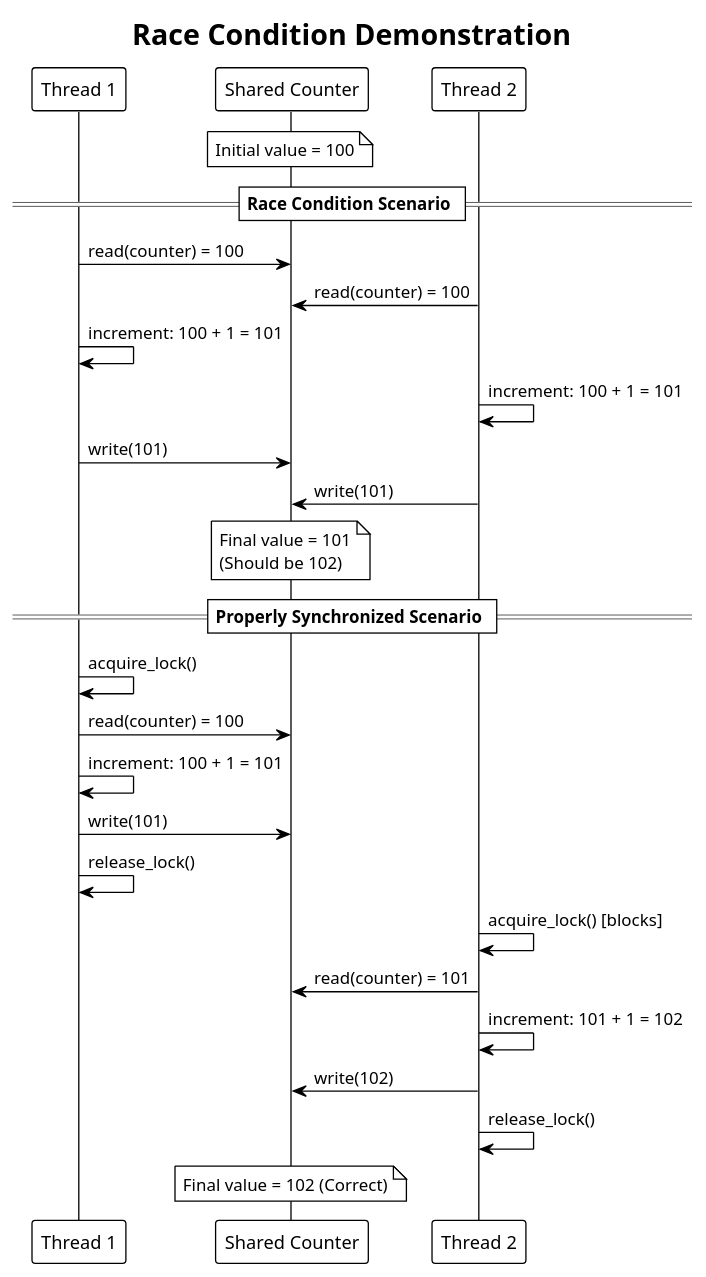
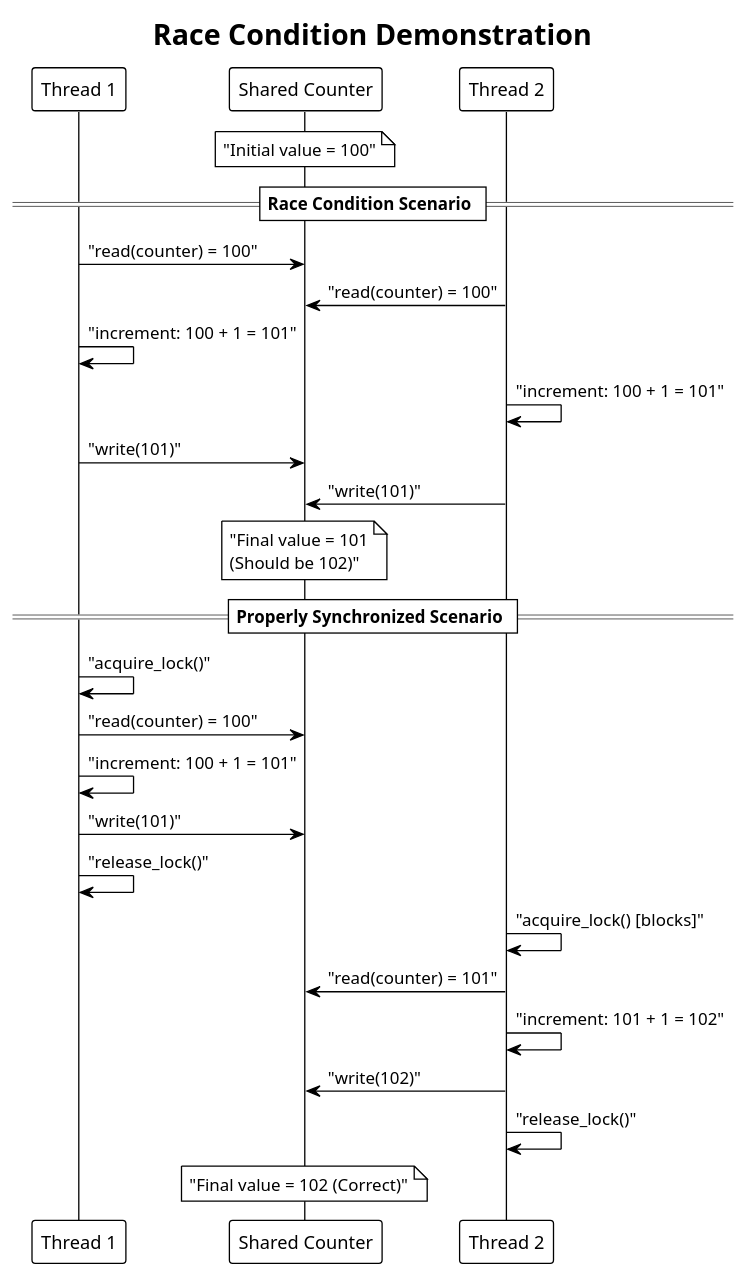
One commit to mohitmishra786/myJourneyOfBuildingOS changed the first of 7 diagrams in Ch-5-Thread-Management/Thread-Synchronization.md. Above: the diagram before and after it, drawn with PlantUML. The commit also changed other lines of this file and 3 other files, not shown here.

````diff
--- a/Ch-5-Thread-Management/Thread-Synchronization.md
+++ b/Ch-5-Thread-Management/Thread-Synchronization.md
@@ -13,37 +13,37 @@
 ```plantuml
 @startuml
 !theme plain
-title Race Condition Demonstration
+title "Race Condition Demonstration"
 
 participant "Thread 1" as t1
 participant "Shared Counter" as counter
 participant "Thread 2" as t2
 
-note over counter : Initial value = 100
+note over counter : "Initial value = 100"
 
 == Race Condition Scenario ==
-t1 -> counter : read(counter) = 100
-t2 -> counter : read(counter) = 100
-t1 -> t1 : increment: 100 + 1 = 101
-t2 -> t2 : increment: 100 + 1 = 101
-t1 -> counter : write(101)
-t2 -> counter : write(101)
+t1 -> counter : "read(counter) = 100"
+t2 -> counter : "read(counter) = 100"
+t1 -> t1 : "increment: 100 + 1 = 101"
+t2 -> t2 : "increment: 100 + 1 = 101"
+t1 -> counter : "write(101)"
+t2 -> counter : "write(101)"
 
-note over counter : Final value = 101\n(Should be 102)
+note over counter : "Final value = 101\n(Should be 102)"
 
 == Properly Synchronized Scenario ==
-t1 -> t1 : acquire_lock()
-t1 -> counter : read(counter) = 100
-t1 -> t1 : increment: 100 + 1 = 101
-t1 -> counter : write(101)
-t1 -> t1 : release_lock()
+t1 -> t1 : "acquire_lock()"
+t1 -> counter : "read(counter) = 100"
+t1 -> t1 : "increment: 100 + 1 = 101"
+t1 -> counter : "write(101)"
+t1 -> t1 : "release_lock()"
 
-t2 -> t2 : acquire_lock() [blocks]
-t2 -> counter : read(counter) = 101
-t2 -> t2 : increment: 101 + 1 = 102
-t2 -> counter : write(102)
-t2 -> t2 : release_lock()
+t2 -> t2 : "acquire_lock() [blocks]"
+t2 -> counter : "read(counter) = 101"
+t2 -> t2 : "increment: 101 + 1 = 102"
+t2 -> counter : "write(102)"
+t2 -> t2 : "release_lock()"
 
-note over counter : Final value = 102 (Correct)
+note over counter : "Final value = 102 (Correct)"
 @enduml
 ```
````
